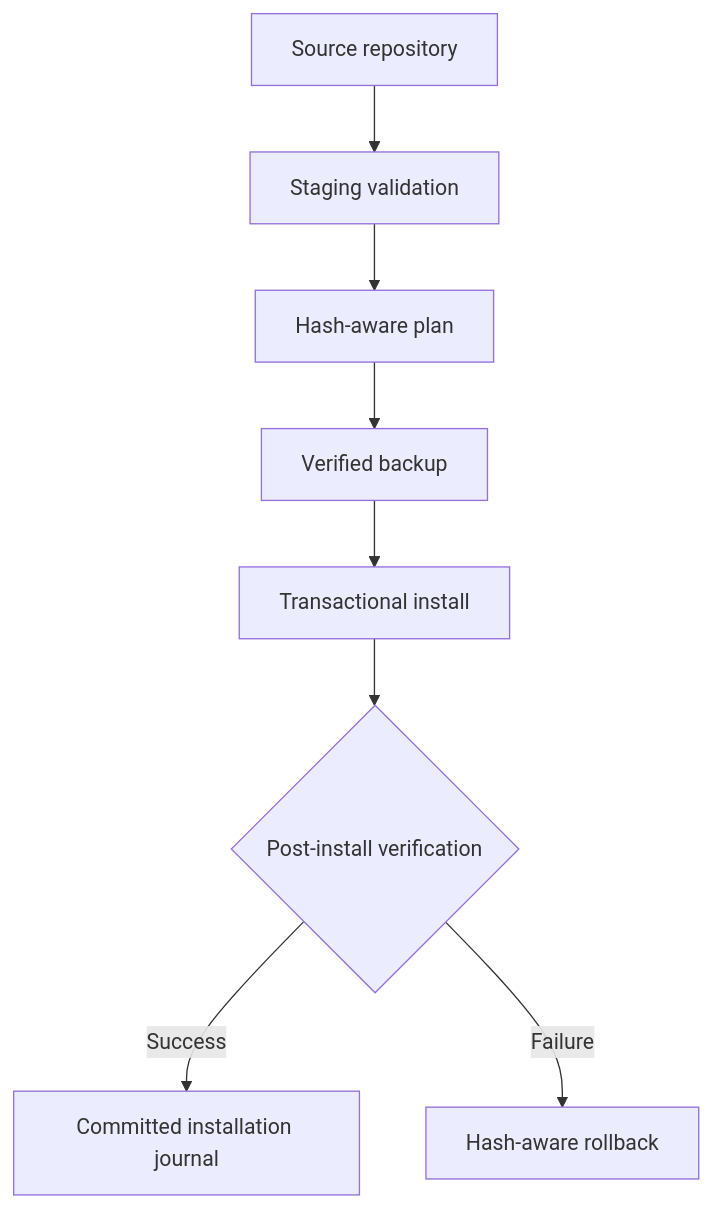
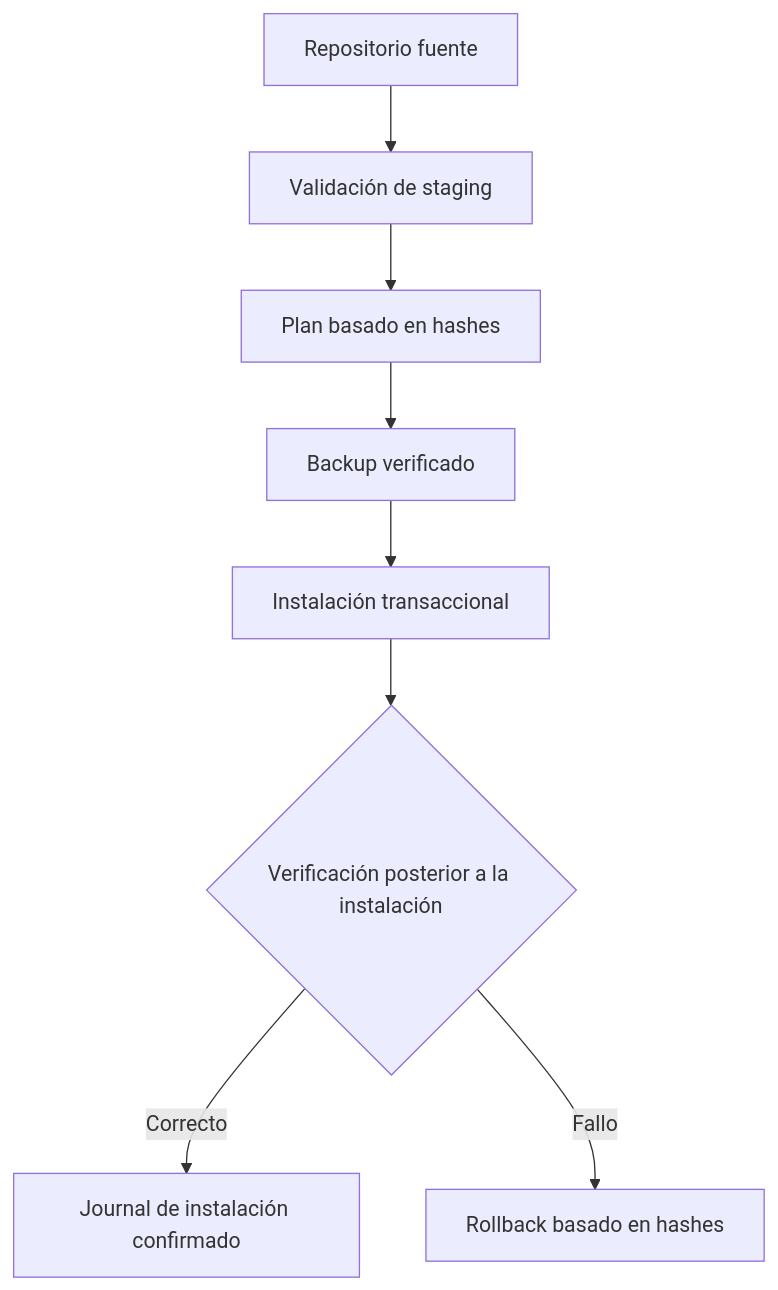
One commit to der-kaffe/bio-harness changed the diagram in docs/installation.md. Above: the diagram before and after it, drawn with Mermaid. The commit also changed other lines of this file and 27 other files, not shown here.

````diff
--- a/docs/installation.md
+++ b/docs/installation.md
@@ -5,10 +5,10 @@
 ```mermaid
 flowchart TD
-    S[Source repository] --> V[Staging validation]
-    V --> P[Hash-aware plan]
-    P --> B[Verified backup]
-    B --> I[Transactional install]
-    I --> C{Post-install verification}
-    C -->|Success| D[Committed installation journal]
-    C -->|Failure| R[Hash-aware rollback]
+    S[Repositorio fuente] --> V[Validación de staging]
+    V --> P[Plan basado en hashes]
+    P --> B[Backup verificado]
+    B --> I[Instalación transaccional]
+    I --> C{Verificación posterior a la instalación}
+    C -->|Correcto| D[Journal de instalación confirmado]
+    C -->|Fallo| R[Rollback basado en hashes]
 ```
````
